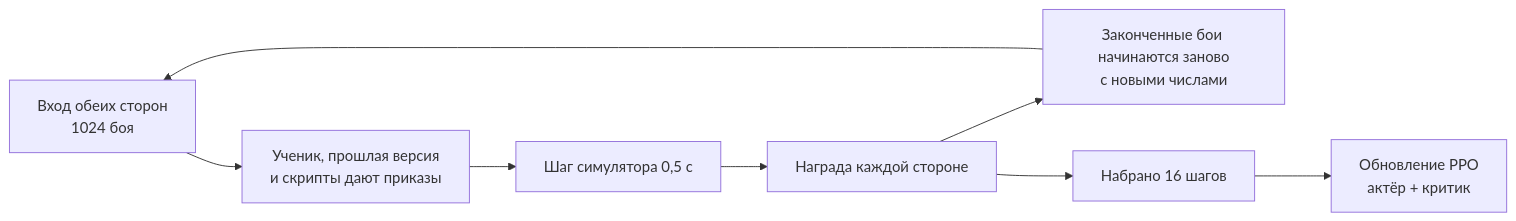
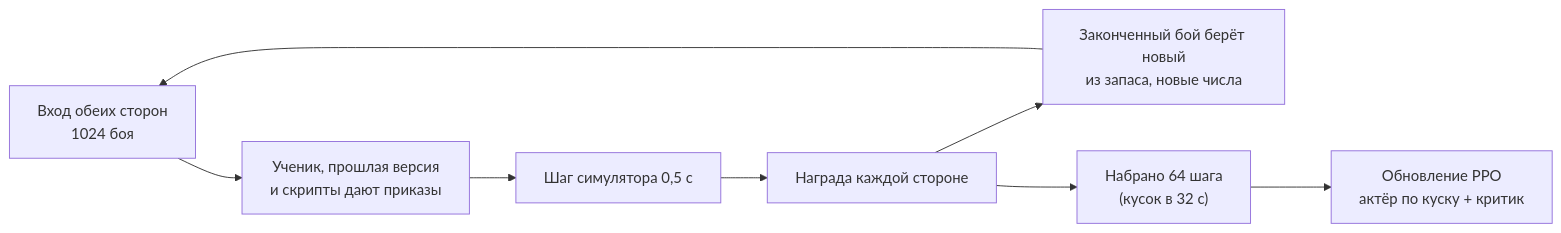
The diagram in docs/ru/training/training.md (DimaZero7/TWW3-batle-ai), drawn with Mermaid before and after one commit. The commit also changed other lines of this file and 67 other files, not shown here.

````diff
--- a/docs/ru/training/training.md
+++ b/docs/ru/training/training.md
@@ -48,10 +69,10 @@
 ```mermaid
 flowchart LR
   obs["Вход обеих сторон<br/>1024 боя"] --> act["Ученик, прошлая версия<br/>и скрипты дают приказы"]
   act --> step["Шаг симулятора 0,5 с"]
   step --> rew["Награда каждой стороне"]
-  rew --> reset["Законченные бои начинаются заново<br/>с новыми числами"]
+  rew --> reset["Законченный бой берёт новый<br/>из запаса, новые числа"]
   reset --> obs
-  rew --> buf["Набрано 16 шагов"]
-  buf --> ppo["Обновление PPO<br/>актёр + критик"]
+  rew --> buf["Набрано 64 шага<br/>(кусок в 32 с)"]
+  buf --> ppo["Обновление PPO<br/>актёр по куску + критик"]
 ```
````
